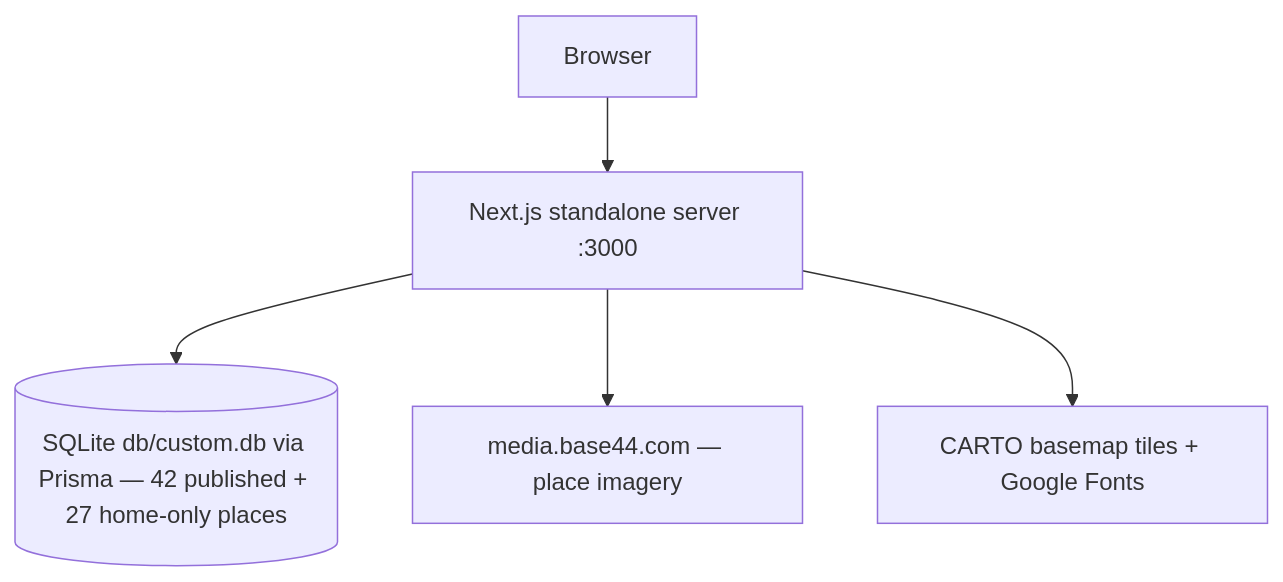
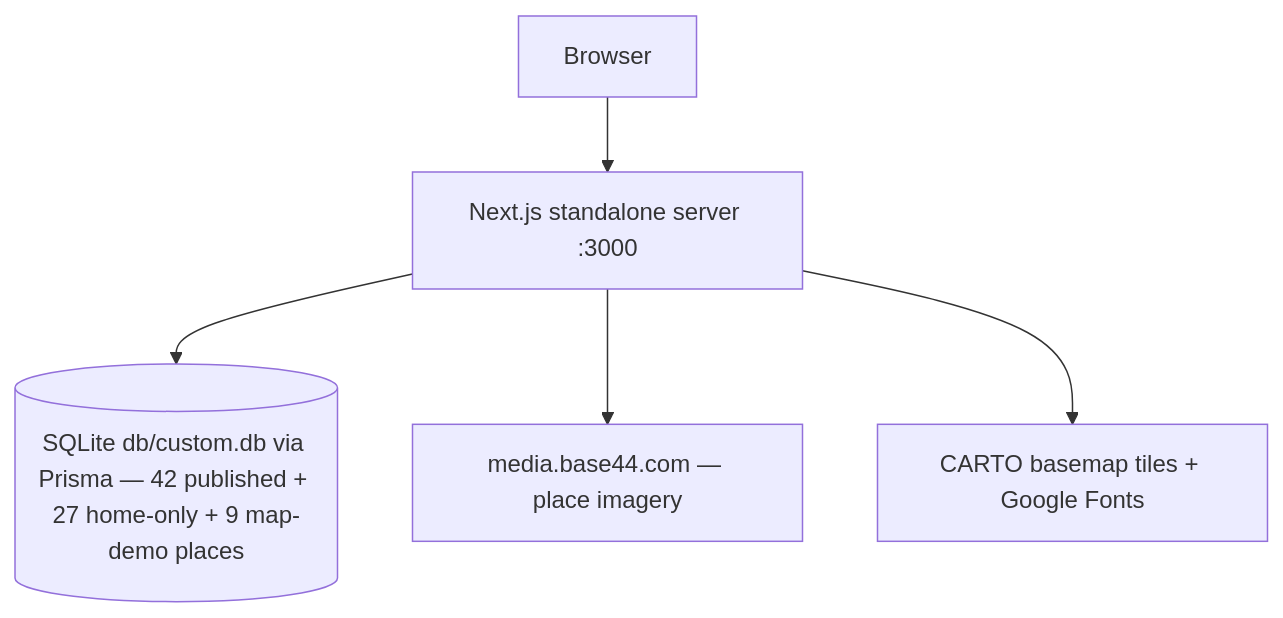
Before and after one commit to nordeim/activity-map: the diagram in README.md, drawn with Mermaid. The commit also changed other lines of this file and 78 other files, not shown here.

````diff
--- a/README.md
+++ b/README.md
@@ -56,7 +57,7 @@
 ```mermaid
 flowchart TB
     B[Browser] --> S[Next.js standalone server :3000]
-    S --> DB[(SQLite db/custom.db via Prisma — 42 published + 27 home-only places)]
+    S --> DB[(SQLite db/custom.db via Prisma — 42 published + 27 home-only + 9 map-demo places)]
     S --> CDN1[media.base44.com — place imagery]
     S --> CDN2[CARTO basemap tiles + Google Fonts]
 ```
````
